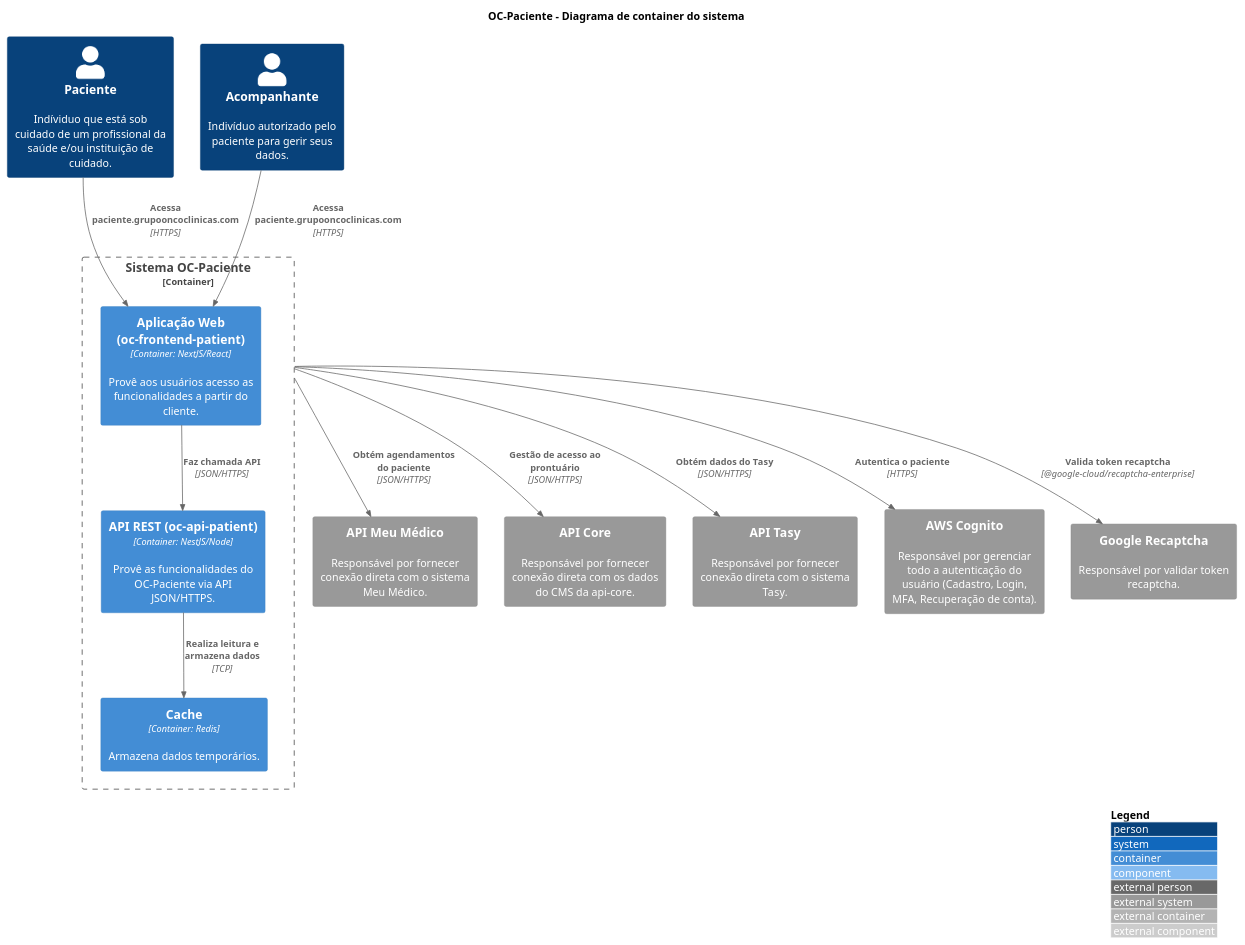
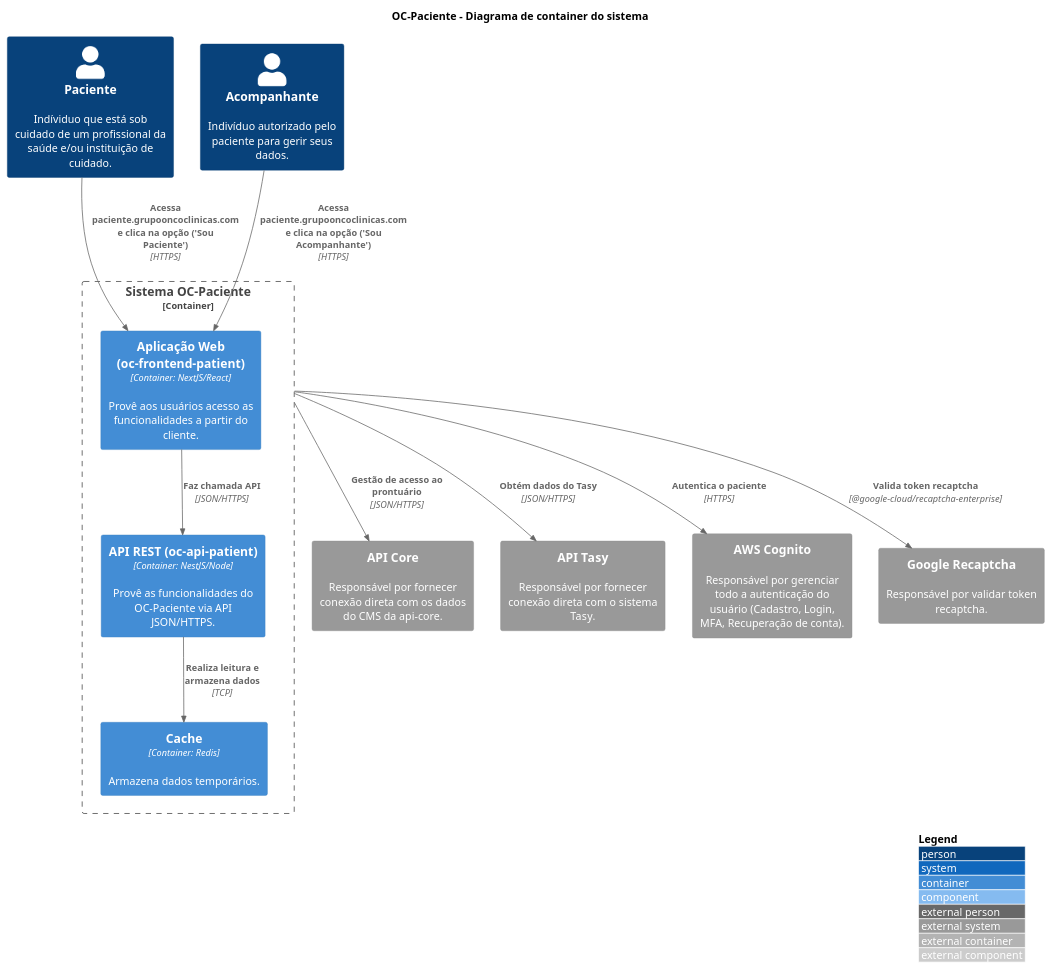
One commit to luizggbasedigital/poc-oc-docs changed the diagram in src/OC-Paciente/C1. Visão Geral/C2. Sistema/containers.puml. Above: the diagram before and after it, drawn with PlantUML. The commit also changed 7 other files, not shown here.

```diff
--- a/src/OC-Paciente/C1. Visão Geral/C2. Sistema/containers.puml
+++ b/src/OC-Paciente/C1. Visão Geral/C2. Sistema/containers.puml
@@ -1,41 +1,39 @@
 @startuml "Container Diagram"
 
 title "OC-Paciente - Diagrama de container do sistema"
 
 !include https://raw.githubusercontent.com/adrianvlupu/C4-PlantUML/latest/C4_Component.puml
 
 LAYOUT_WITH_LEGEND()
 
 skinparam backgroundcolor transparent
 
 /'Actors'/
 Person(ActorPatient, "Paciente", "Indíviduo que está sob cuidado de um profissional da saúde e/ou instituição de cuidado.")
 Person(ActorCompanion, "Acompanhante", "Indivíduo autorizado pelo paciente para gerir seus dados.")
 
 /'Internal Systems'/
 Container_Boundary(SystemOCPatient, "Sistema OC-Paciente") {
   Container(ContainerWebApp, "Aplicação Web (oc-frontend-patient)", "Container: NextJS/React", "Provê aos usuários acesso as funcionalidades a partir do cliente.")
   Container(ContainerServerApi, "API REST (oc-api-patient)", "Container: NestJS/Node", "Provê as funcionalidades do OC-Paciente via API JSON/HTTPS.")
   Container(ContainerDatabaseRedis, "Cache", "Container: Redis", "Armazena dados temporários.")
 
-  Rel(ActorPatient, ContainerWebApp, "Acessa paciente.grupooncoclinicas.com", "HTTPS")
-  Rel(ActorCompanion, ContainerWebApp, "Acessa paciente.grupooncoclinicas.com", "HTTPS")
+  Rel(ActorPatient, ContainerWebApp, "Acessa paciente.grupooncoclinicas.com e clica na opção ('Sou Paciente')", "HTTPS")
+  Rel(ActorCompanion, ContainerWebApp, "Acessa paciente.grupooncoclinicas.com e clica na opção ('Sou Acompanhante')", "HTTPS")
   Rel(ContainerServerApi, ContainerDatabaseRedis, "Realiza leitura e armazena dados", "TCP")
   Rel(ContainerWebApp, ContainerServerApi, "Faz chamada API", "JSON/HTTPS")
 }
 
 /'External Systems'/
-System_Ext(SystemMyPhysicianApi, "API Meu Médico", "Responsável por fornecer conexão direta com o sistema Meu Médico.")
 System_Ext(SystemApiCore, "API Core", "Responsável por fornecer conexão direta com os dados do CMS da api-core.")
 System_Ext(SystemTasyApi, "API Tasy", "Responsável por fornecer conexão direta com o sistema Tasy.")
 System_Ext(SystemAWSCognito, "AWS Cognito", "Responsável por gerenciar todo a autenticação do usuário (Cadastro, Login, MFA, Recuperação de conta).")
 System_Ext(SystemGoogleRecaptcha, "Google Recaptcha", "Responsável por validar token recaptcha.")
 
 /'Relations'/
 Rel(SystemOCPatient, SystemGoogleRecaptcha, "Valida token recaptcha", "@google-cloud/recaptcha-enterprise")
 Rel(SystemOCPatient, SystemAWSCognito, "Autentica o paciente", "HTTPS")
-Rel(SystemOCPatient, SystemMyPhysicianApi, "Obtém agendamentos do paciente", "JSON/HTTPS")
 Rel(SystemOCPatient, SystemTasyApi, "Obtém dados do Tasy", "JSON/HTTPS")
 Rel(SystemOCPatient, SystemApiCore, "Gestão de acesso ao prontuário", "JSON/HTTPS")
 
 @enduml
```
